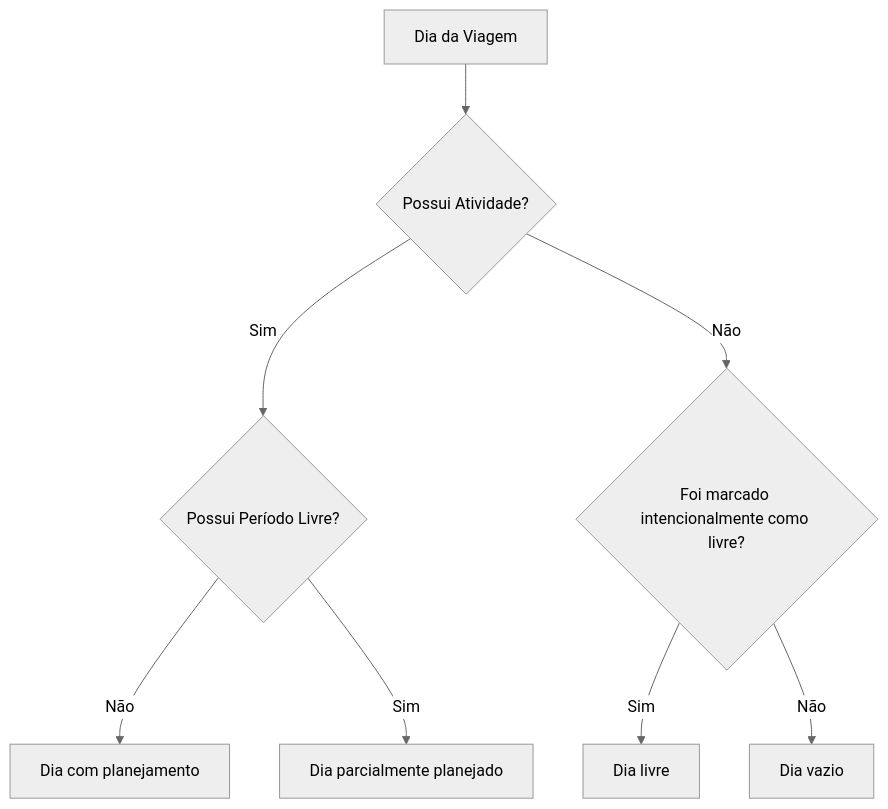
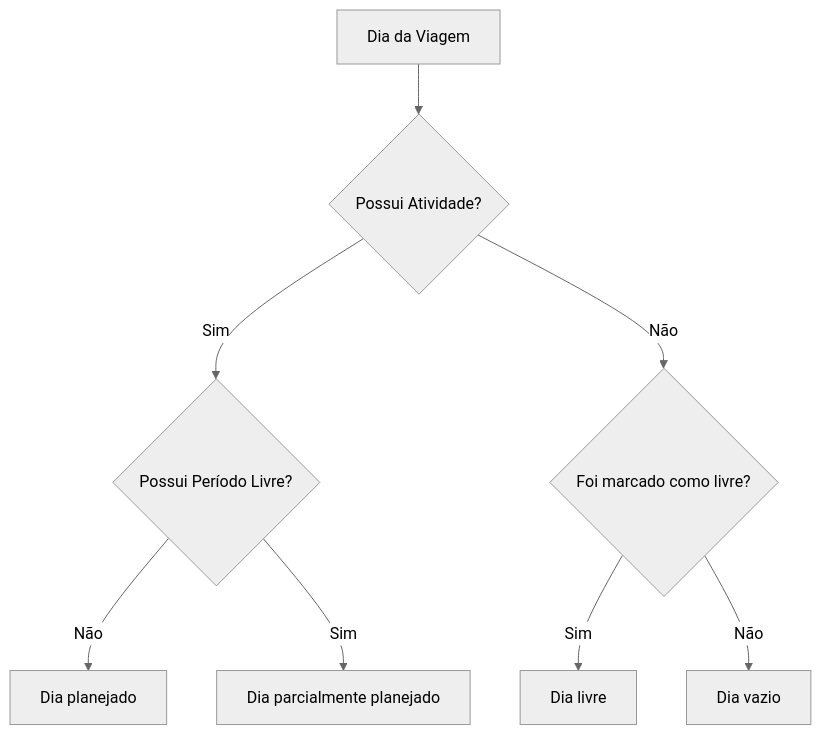
Diagram 12 of 17 in docs/domain/domain-model.md (collapsy/Routebook), drawn with Mermaid (neutral theme) before and after one commit. The commit also changed other lines of this file and 1 other file, not shown here.

````diff
--- a/docs/domain/domain-model.md
+++ b/docs/domain/domain-model.md
@@ -2505,23 +1938,20 @@
-```mermaid id="spmz0y"
+```mermaid
 flowchart TD
     Day["Dia da Viagem"]
     HasActivity{"Possui Atividade?"}
     HasFreePeriod{"Possui Período Livre?"}
-    ExplicitFree{"Foi marcado intencionalmente como livre?"}
+    ExplicitFree{"Foi marcado como livre?"}
 
     Empty["Dia vazio"]
-    Planned["Dia com planejamento"]
+    Planned["Dia planejado"]
     Free["Dia livre"]
     Partial["Dia parcialmente planejado"]
 
     Day --> HasActivity
-
     HasActivity -->|Sim| HasFreePeriod
     HasActivity -->|Não| ExplicitFree
-
     HasFreePeriod -->|Não| Planned
     HasFreePeriod -->|Sim| Partial
-
     ExplicitFree -->|Sim| Free
     ExplicitFree -->|Não| Empty
 ```
````
